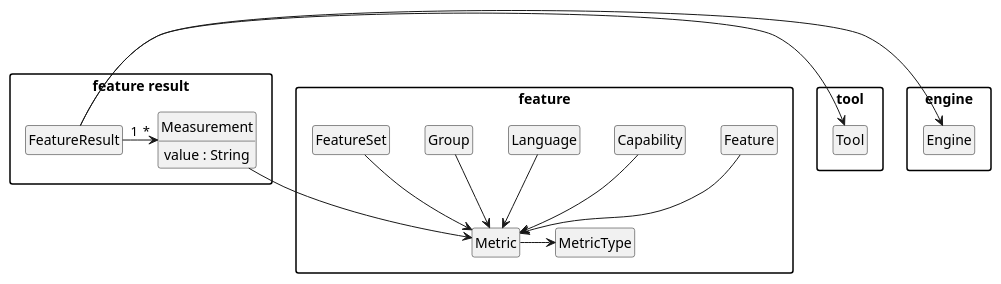
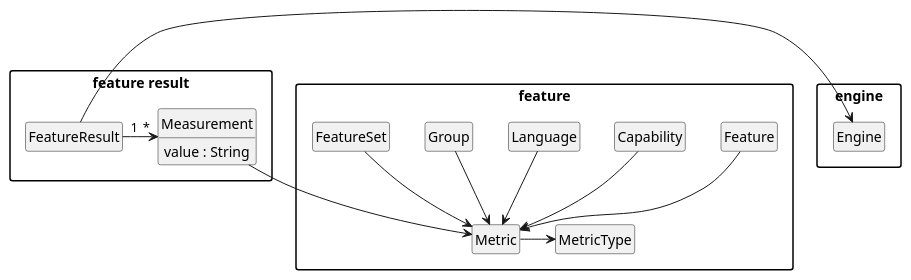
The diagram in pebl/doc/result-feature-result.puml (uniba-dsg/betsy), drawn with PlantUML before and after one commit. The commit also changed 118 other files, not shown here.

```diff
--- a/pebl/doc/result-feature-result.puml
+++ b/pebl/doc/result-feature-result.puml
@@ -1,48 +1,44 @@
 @startuml
 
 package "engine" {
   class Engine
-}
-package "tool" {
-  class Tool
 }
 package "feature result" {
   class FeatureResult
   class Measurement {
     value : String
   }
 
   FeatureResult "1"->"*" Measurement
-  FeatureResult -> Tool
   FeatureResult -> Engine
 }
 
 package "feature" {
 
 	class Metric
 
 	class Feature
 	class Capability
     	class Language
     	class Group
     	class FeatureSet
 
 	Feature --> Metric
 	Capability --> Metric
 	Language --> Metric
 	Group --> Metric
 	FeatureSet --> Metric
 
 	Metric -right-> MetricType
 }
 
 Measurement --> Metric
 
 hide empty members
 hide empty methods
 hide circle
 
 skinparam monochrome true
 skinparam shadowing false
 skinparam packageStyle rect
 @enduml
```
